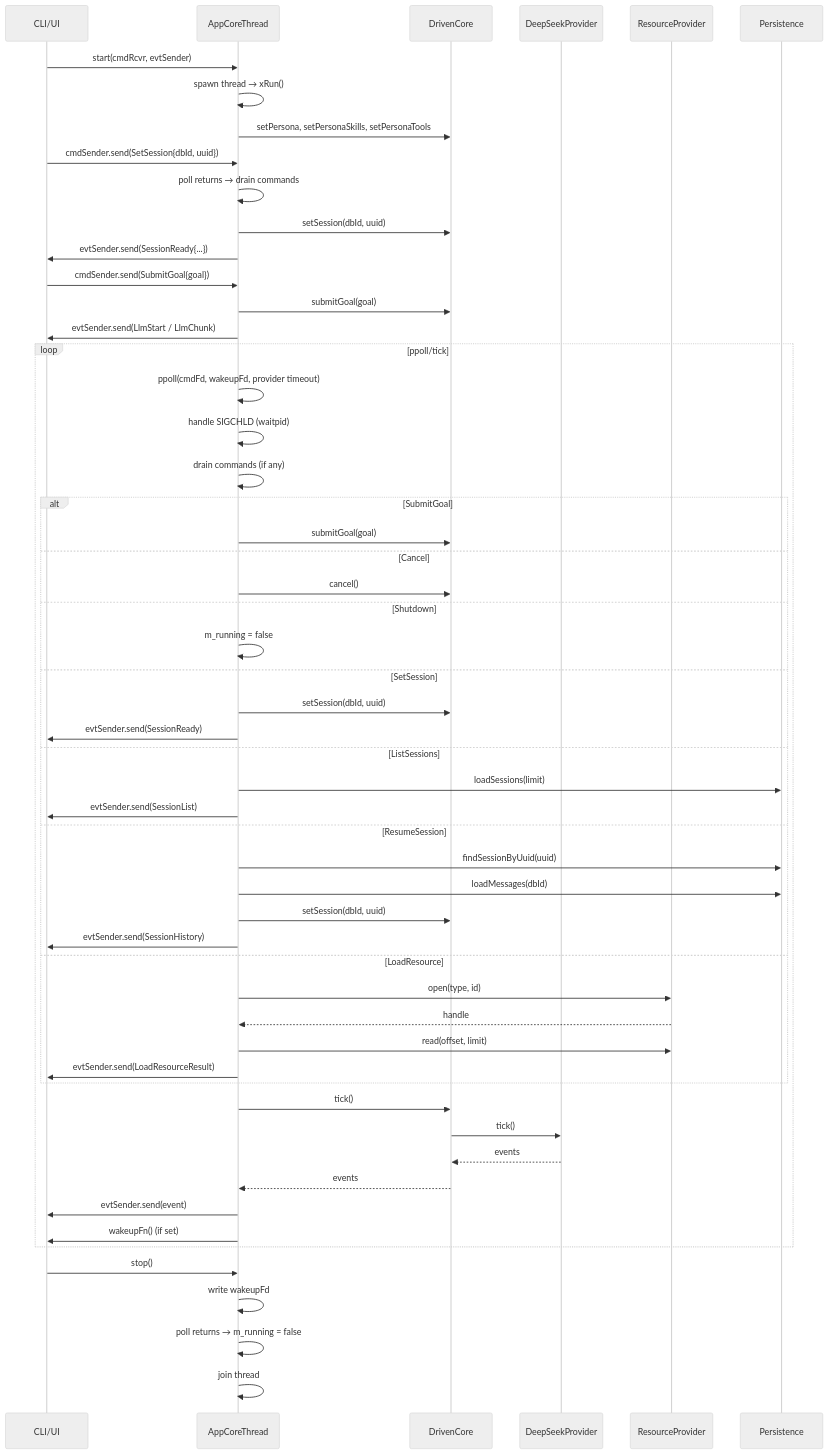
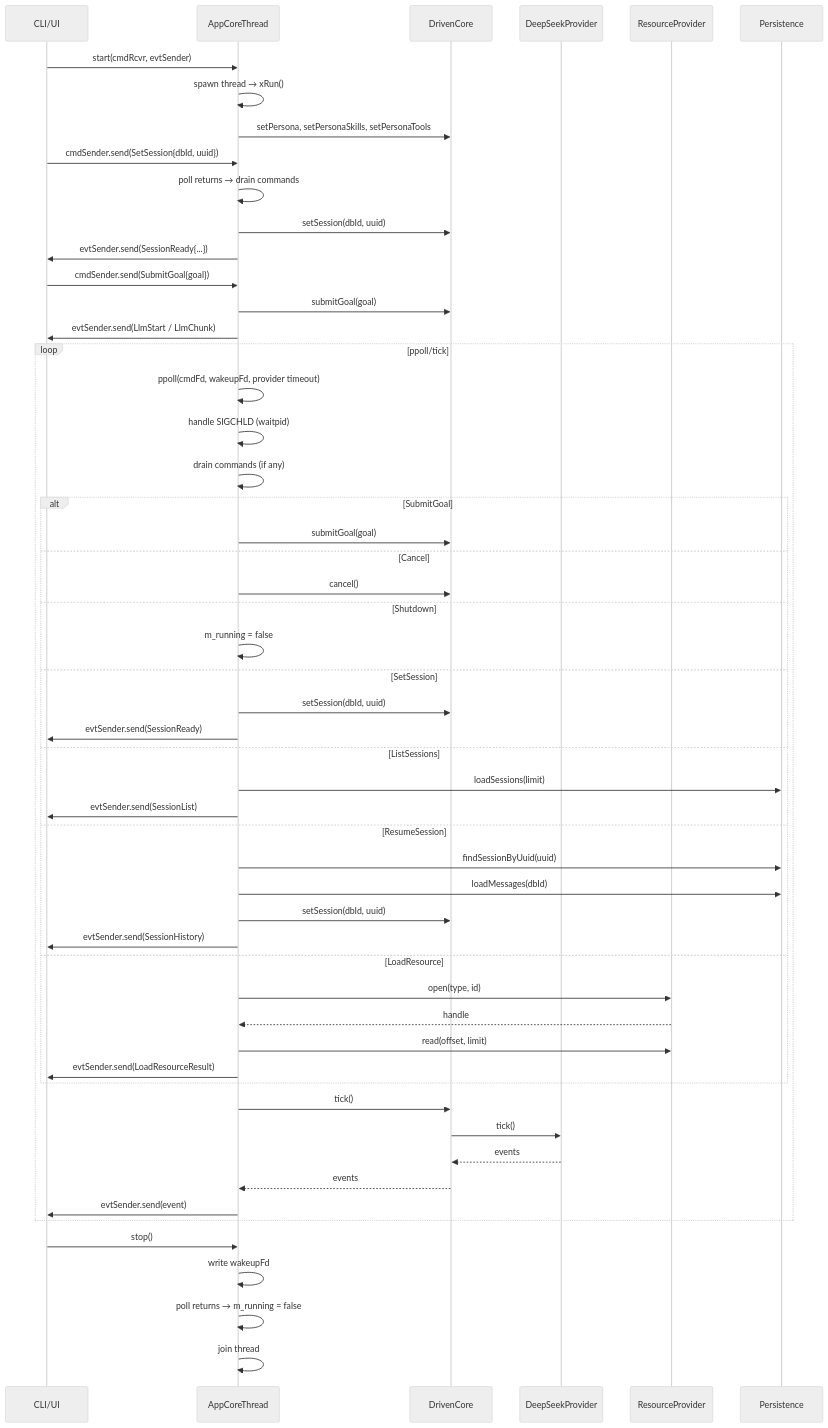
One commit to opensassi/a0 changed the second of 2 diagrams in src/core/app_core_thread.spec.md. Above: the diagram before and after it, drawn with Mermaid (neutral theme). The commit also changed other lines of this file and 34 other files, not shown here.

Commit message:
2026-06-13-tui-retained-tree-architecture-13da640a1ffel6Iv1jZrGbH6nk

````diff
--- a/src/core/app_core_thread.spec.md
+++ b/src/core/app_core_thread.spec.md
@@ -123,63 +119,62 @@
 ```mermaid
 sequenceDiagram
     participant UI as CLI/UI
     participant ACT as AppCoreThread
     participant CORE as DrivenCore
     participant PROV as DeepSeekProvider
     participant RP as ResourceProvider
 
     UI->>ACT: start(cmdRcvr, evtSender)
     ACT->>ACT: spawn thread → xRun()
     ACT->>CORE: setPersona, setPersonaSkills, setPersonaTools
 
     UI->>ACT: cmdSender.send(SetSession{dbId, uuid})
     ACT->>ACT: poll returns → drain commands
     ACT->>CORE: setSession(dbId, uuid)
     ACT->>UI: evtSender.send(SessionReady{...})
 
     UI->>ACT: cmdSender.send(SubmitGoal{goal})
     ACT->>CORE: submitGoal(goal)
     ACT->>UI: evtSender.send(LlmStart / LlmChunk)
 
     loop ppoll/tick
         ACT->>ACT: ppoll(cmdFd, wakeupFd, provider timeout)
         ACT->>ACT: handle SIGCHLD (waitpid)
         ACT->>ACT: drain commands (if any)
 
         alt SubmitGoal
             ACT->>CORE: submitGoal(goal)
         else Cancel
             ACT->>CORE: cancel()
         else Shutdown
             ACT->>ACT: m_running = false
         else SetSession
             ACT->>CORE: setSession(dbId, uuid)
             ACT->>UI: evtSender.send(SessionReady)
         else ListSessions
             ACT->>Persistence: loadSessions(limit)
             ACT->>UI: evtSender.send(SessionList)
         else ResumeSession
             ACT->>Persistence: findSessionByUuid(uuid)
             ACT->>Persistence: loadMessages(dbId)
             ACT->>CORE: setSession(dbId, uuid)
             ACT->>UI: evtSender.send(SessionHistory)
         else LoadResource
             ACT->>RP: open(type, id)
             RP-->>ACT: handle
             ACT->>RP: read(offset, limit)
             ACT->>UI: evtSender.send(LoadResourceResult)
         end
 
         ACT->>CORE: tick()
         CORE->>PROV: tick()
         PROV-->>CORE: events
         CORE-->>ACT: events
         ACT->>UI: evtSender.send(event)
-        ACT->>UI: wakeupFn() (if set)
     end
 
     UI->>ACT: stop()
     ACT->>ACT: write wakeupFd
     ACT->>ACT: poll returns → m_running = false
     ACT->>ACT: join thread
 ```
````
